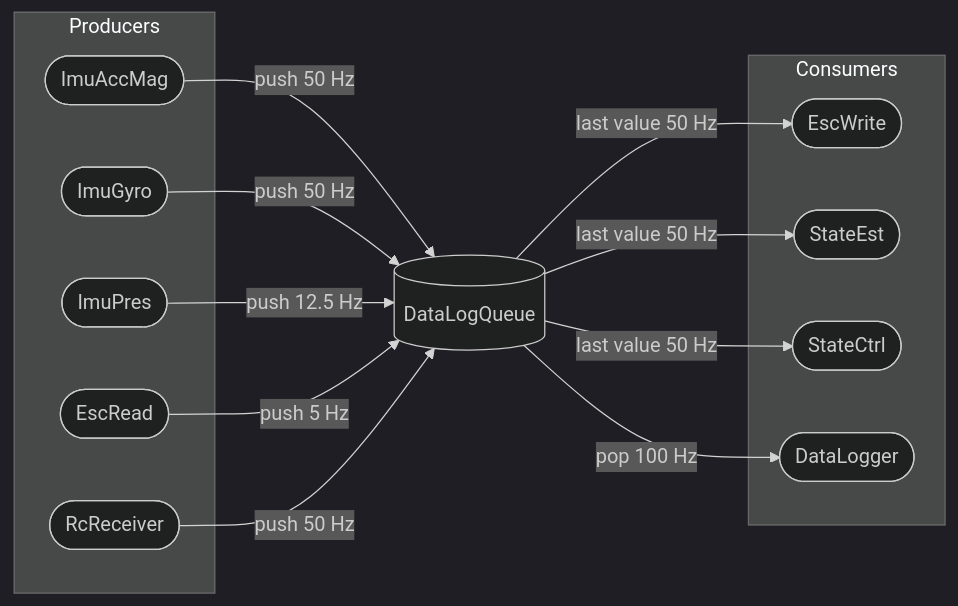
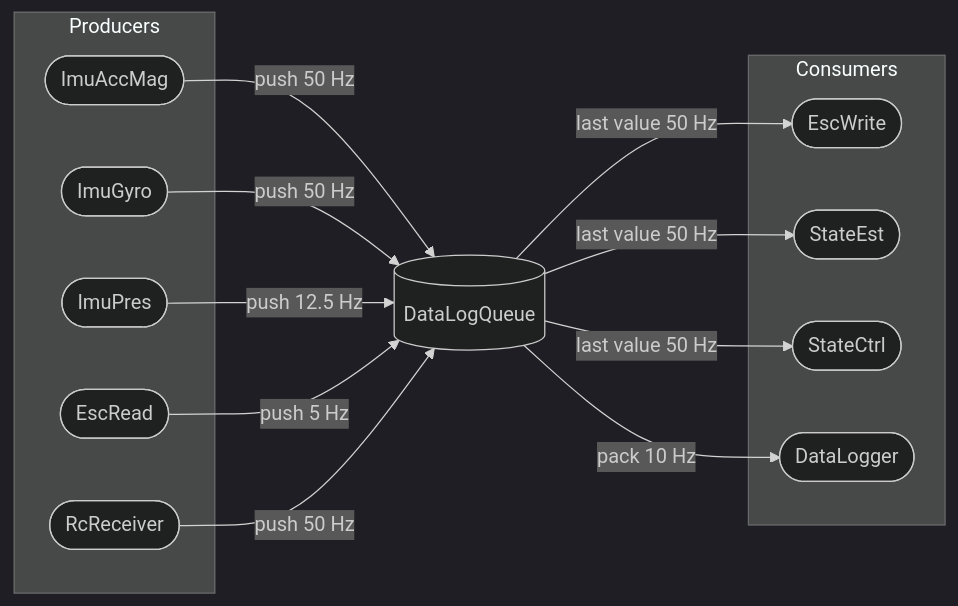
Before and after one commit to real-tintin/ugglan: the first of 2 diagrams in doc/source/software_design.rst, drawn with Mermaid (dark theme). The commit also changed other lines of this file and 1 other file, not shown here.

Commit message:
Lower exec rate of data logger to 10 Hz.

```diff
--- a/doc/source/software_design.rst
+++ b/doc/source/software_design.rst
@@ -12,45 +12,45 @@
 .. mermaid::
     :caption: Overview of the drone software design. Tasks are stadium-shaped nodes.
 
     graph LR
         ImuAccMag([ImuAccMag])
         ImuGyro([ImuGyro])
         ImuPres([ImuPres])
 
         EscRead([EscRead])
         EscWrite([EscWrite])
 
         RcReceiver([RcReceiver])
 
         StateEst([StateEst])
         StateCtrl([StateCtrl])
 
         DataLogger([DataLogger])
 
         DataLogQueue[(DataLogQueue)]
 
         ImuAccMag -- push 50 Hz --> DataLogQueue
         ImuGyro -- push 50 Hz --> DataLogQueue
         ImuPres -- push 12.5 Hz --> DataLogQueue
         EscRead -- push 5 Hz --> DataLogQueue
         RcReceiver -- push 50 Hz --> DataLogQueue
 
         DataLogQueue -- last value 50 Hz --> StateEst
         DataLogQueue -- last value 50 Hz --> StateCtrl
         DataLogQueue -- last value 50 Hz --> EscWrite
-        DataLogQueue -- pop 100 Hz --> DataLogger
+        DataLogQueue -- pack 10 Hz --> DataLogger
 
         subgraph Producers
         ImuAccMag
         ImuGyro
         ImuPres
         EscRead
         RcReceiver
         end
 
         subgraph Consumers
         StateEst
         StateCtrl
         EscWrite
         DataLogger
         end
```
